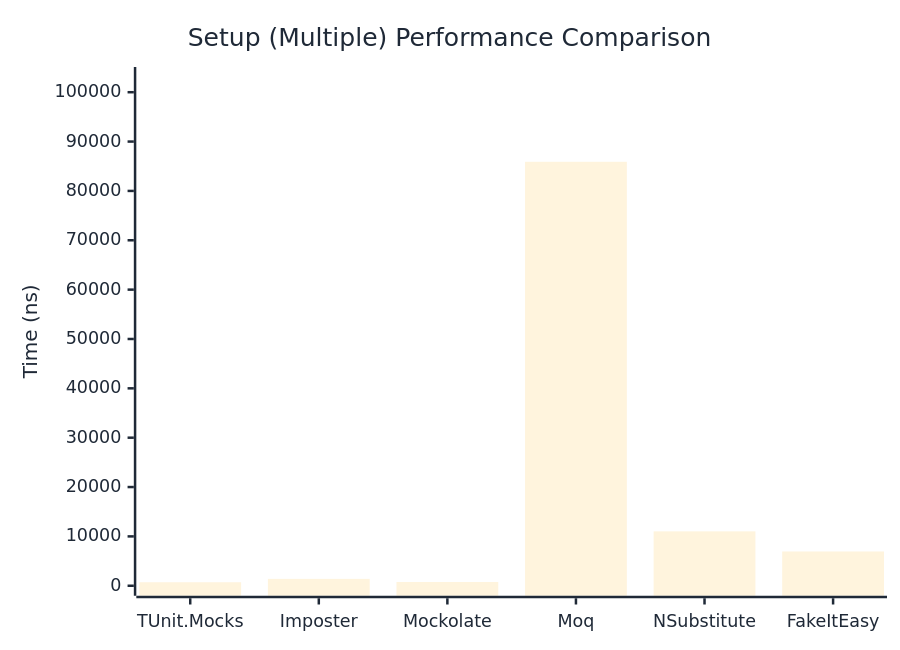
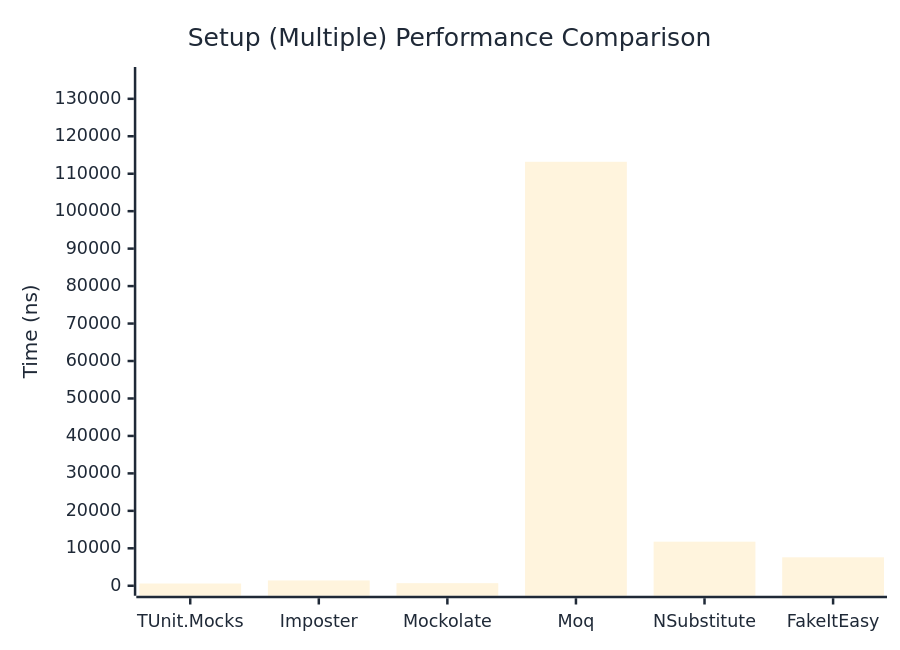
Before and after one commit to thomhurst/TUnit: the second of 2 diagrams in docs/docs/benchmarks/mocks/Setup.md, drawn with Mermaid. The commit also changed other lines of this file and 14 other files, not shown here.

````diff
--- a/docs/docs/benchmarks/mocks/Setup.md
+++ b/docs/docs/benchmarks/mocks/Setup.md
@@ -69,27 +69,27 @@
 ```mermaid
 %%{init: {
   'theme':'base',
   'themeVariables': {
     'primaryColor': '#2563eb',
     'primaryTextColor': '#1f2937',
     'primaryBorderColor': '#1e40af',
     'lineColor': '#6b7280',
     'secondaryColor': '#7c3aed',
     'tertiaryColor': '#dc2626',
     'background': '#ffffff',
     'pie1': '#2563eb',
     'pie2': '#7c3aed',
     'pie3': '#dc2626',
     'pie4': '#f59e0b',
     'pie5': '#10b981',
     'pie6': '#06b6d4',
     'pie7': '#ec4899',
     'pie8': '#6366f1'
   }
 }}%%
 xychart-beta
   title "Setup (Multiple) Performance Comparison"
   x-axis ["TUnit.Mocks", "Imposter", "Mockolate", "Moq", "NSubstitute", "FakeItEasy"]
-  y-axis "Time (ns)" 0 --> 103083
-  bar [710.2, 1393.5, 760.9, 85902.3, 11020.8, 6944.1]
+  y-axis "Time (ns)" 0 --> 135823
+  bar [598.9, 1419, 688.8, 113185.4, 11765, 7596.9]
 ```
````
